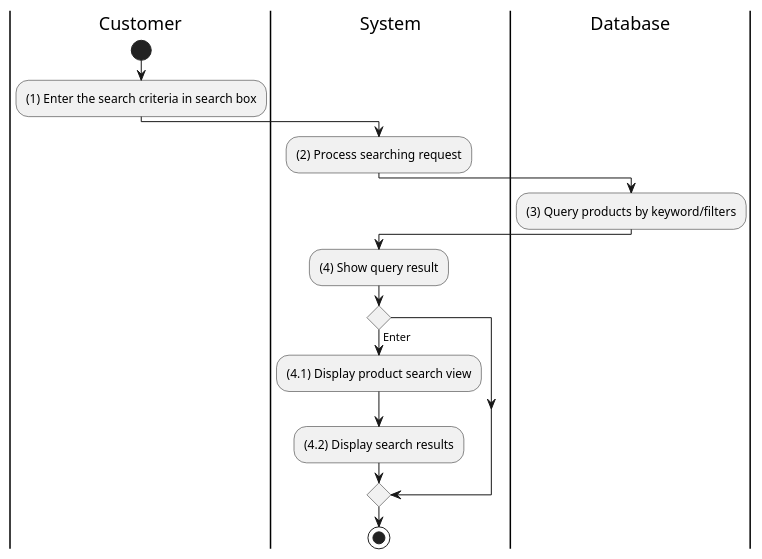
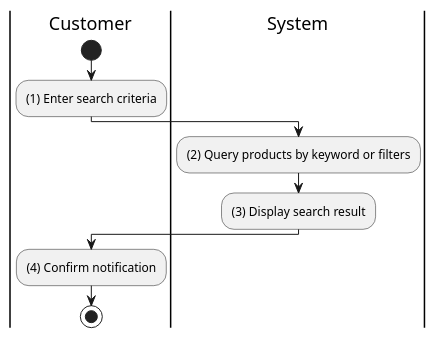
Before and after one commit to electricilies/electricilies.github.io: the diagram in docs/software-docs/activity/view-product/search-product.md, drawn with PlantUML. The commit also changed 47 other files, not shown here.

````diff
--- a/docs/software-docs/activity/view-product/search-product.md
+++ b/docs/software-docs/activity/view-product/search-product.md
@@ -3,23 +3,16 @@
 ```plantuml
 @startuml
 |C|Customer
 |S|System
-|D|Database
 
 |C|
 start
-:(1) Enter the search criteria in search box;
+:(1) Enter search criteria;
 |S|
-:(2) Process searching request;
-|D|
-:(3) Query products by keyword/filters;
-|S|
-:(4) Show query result;
-if () then (Enter)
-  :(4.1) Display product search view;
-  :(4.2) Display search results;
-endif
+:(2) Query products by keyword or filters;
+:(3) Display search result;
+|C|
+:(4) Confirm notification;
 stop
-
 @enduml
 ```
````
